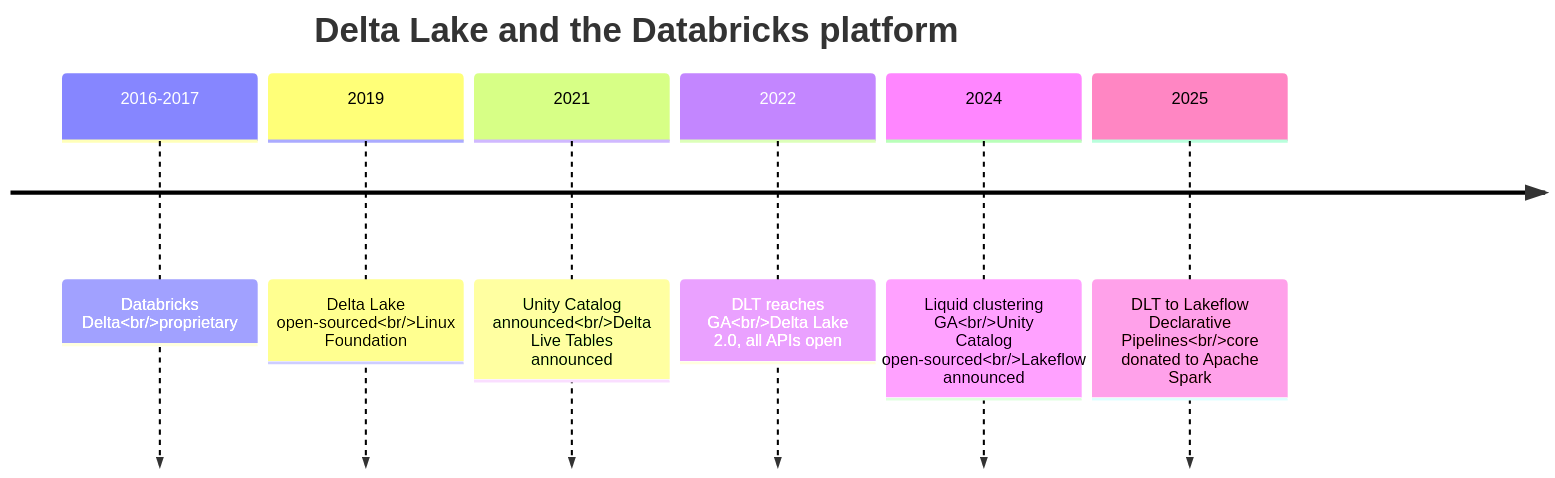
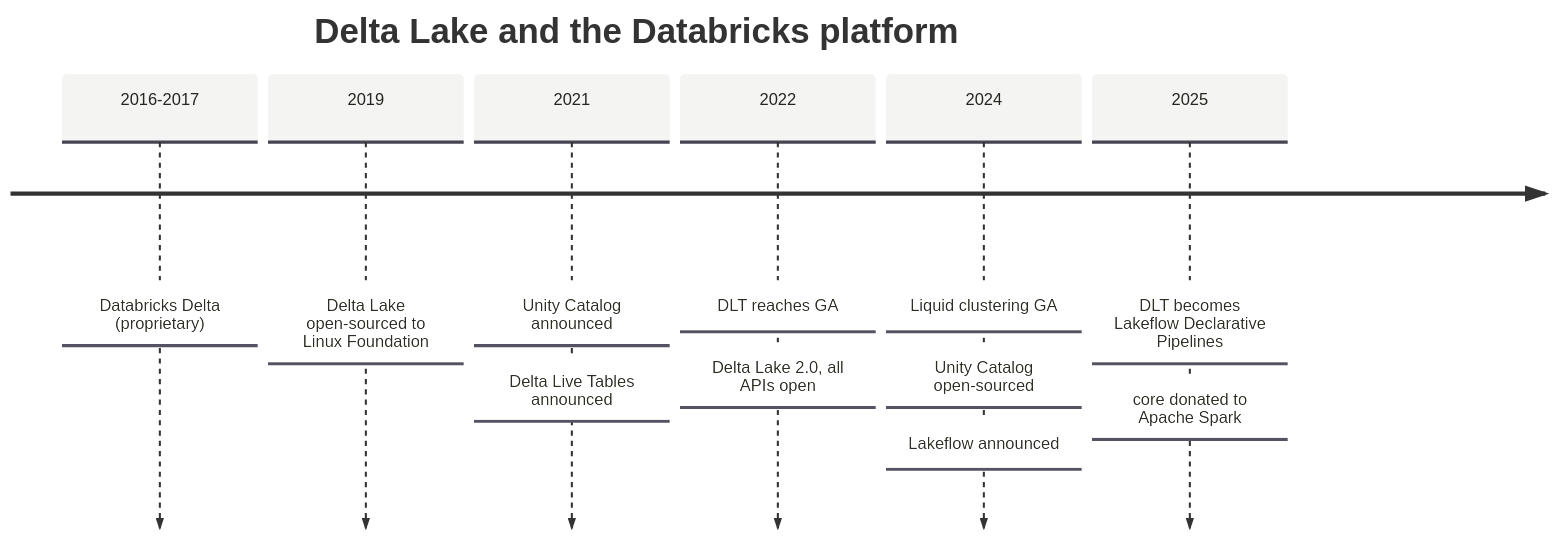
One commit to Raghav-one/databricks-study-guide changed the second of 13 diagrams in DATABRICKS_CORE_CONCEPTS.md. Above: the diagram before and after it, drawn with Mermaid.

Commit message:
Monochrome evolution timeline; fix literal br tags

````diff
--- a/DATABRICKS_CORE_CONCEPTS.md
+++ b/DATABRICKS_CORE_CONCEPTS.md
@@ -41,10 +41,27 @@
 ```mermaid
+---
+config:
+  theme: base
+  themeVariables:
+    cScale0: "#f4f4f2"
+    cScale1: "#f4f4f2"
+    cScale2: "#f4f4f2"
+    cScale3: "#f4f4f2"
+    cScale4: "#f4f4f2"
+    cScale5: "#f4f4f2"
+    cScaleLabel0: "#24261f"
+    cScaleLabel1: "#24261f"
+    cScaleLabel2: "#24261f"
+    cScaleLabel3: "#24261f"
+    cScaleLabel4: "#24261f"
+    cScaleLabel5: "#24261f"
+---
 timeline
     title Delta Lake and the Databricks platform
-    2016-2017 : Databricks Delta<br/>proprietary
-    2019 : Delta Lake open-sourced<br/>Linux Foundation
-    2021 : Unity Catalog announced<br/>Delta Live Tables announced
-    2022 : DLT reaches GA<br/>Delta Lake 2.0, all APIs open
-    2024 : Liquid clustering GA<br/>Unity Catalog open-sourced<br/>Lakeflow announced
-    2025 : DLT to Lakeflow Declarative Pipelines<br/>core donated to Apache Spark
+    2016-2017 : Databricks Delta (proprietary)
+    2019 : Delta Lake open-sourced to Linux Foundation
+    2021 : Unity Catalog announced : Delta Live Tables announced
+    2022 : DLT reaches GA : Delta Lake 2.0, all APIs open
+    2024 : Liquid clustering GA : Unity Catalog open-sourced : Lakeflow announced
+    2025 : DLT becomes Lakeflow Declarative Pipelines : core donated to Apache Spark
 ```
````
